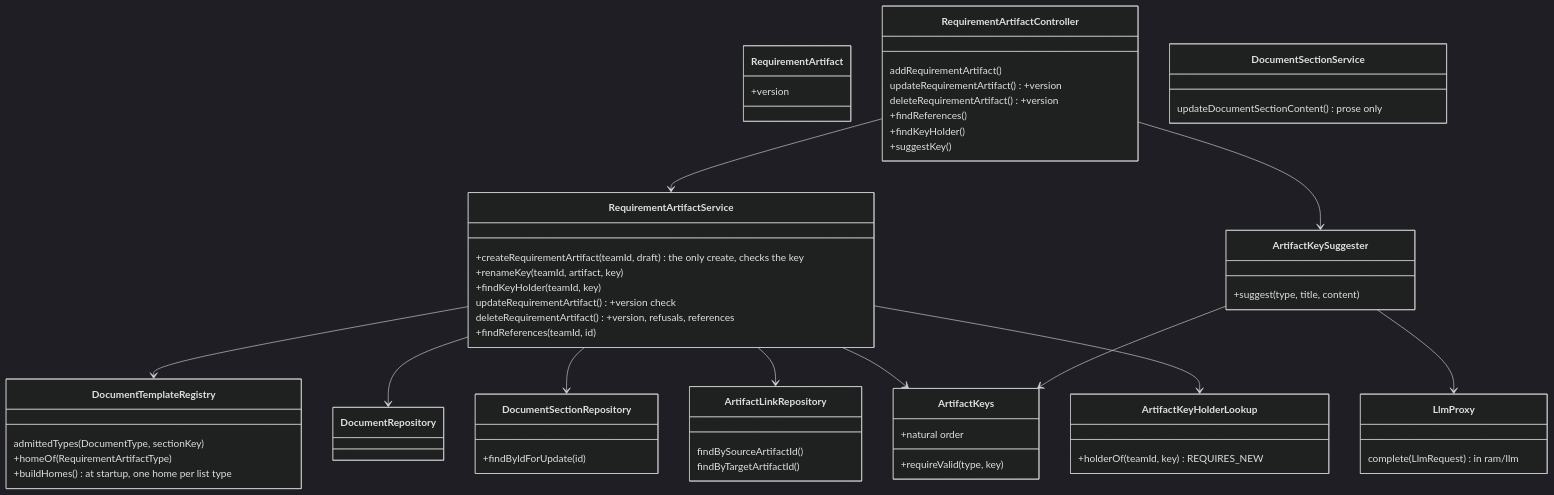
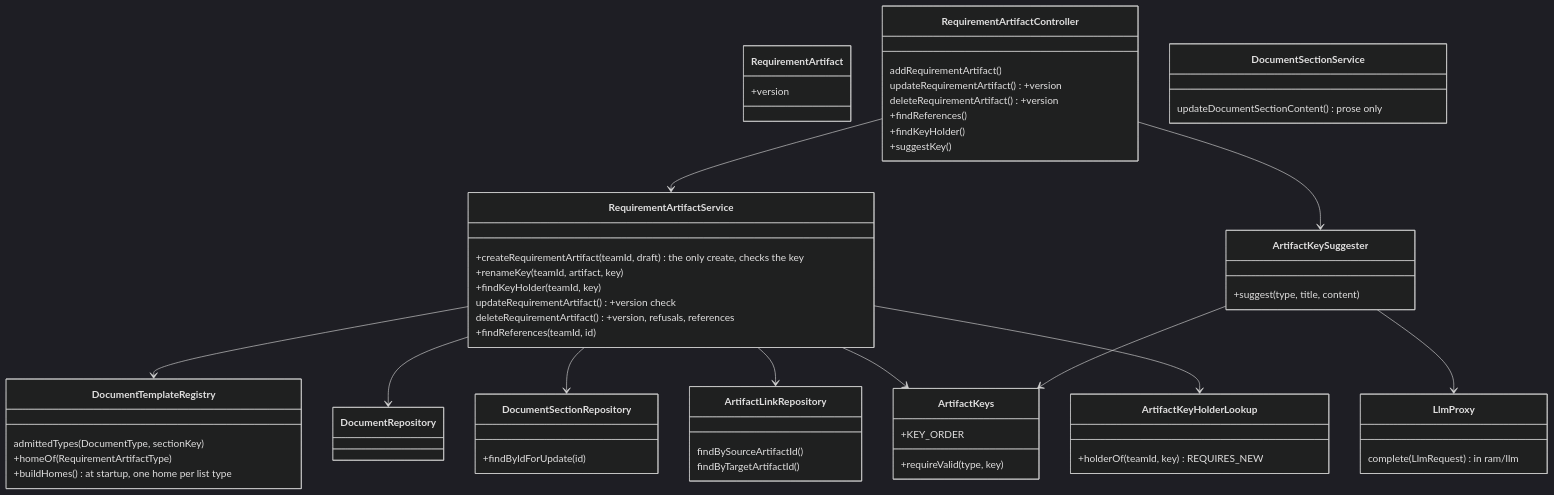
One commit to Washingtonwei/project-pulse changed the first of 4 diagrams in docs/design/art.md. Above: the diagram before and after it, drawn with Mermaid (dark theme). The commit also changed other lines of this file and 6 other files, not shown here.

````diff
--- a/docs/design/art.md
+++ b/docs/design/art.md
@@ -28,60 +28,60 @@
 ```mermaid
 classDiagram
   class RequirementArtifact {
     +version
   }
   class DocumentTemplateRegistry {
     admittedTypes(DocumentType, sectionKey)
     +homeOf(RequirementArtifactType)
     +buildHomes() at startup, one home per list type
   }
   class DocumentSectionRepository {
     +findByIdForUpdate(id)
   }
   class RequirementArtifactController {
     addRequirementArtifact()
     updateRequirementArtifact() +version
     deleteRequirementArtifact() +version
     +findReferences()
     +findKeyHolder()
     +suggestKey()
   }
   class ArtifactKeys {
     +requireValid(type, key)
-    +natural order
+    +KEY_ORDER
   }
   class ArtifactKeySuggester {
     +suggest(type, title, content)
   }
   class ArtifactKeyHolderLookup {
     +holderOf(teamId, key) REQUIRES_NEW
   }
   class LlmProxy {
     complete(LlmRequest) in ram/llm
   }
   class RequirementArtifactService {
     +createRequirementArtifact(teamId, draft) the only create, checks the key
     +renameKey(teamId, artifact, key)
     +findKeyHolder(teamId, key)
     updateRequirementArtifact() +version check
     deleteRequirementArtifact() +version, refusals, references
     +findReferences(teamId, id)
   }
   class DocumentSectionService {
     updateDocumentSectionContent() prose only
   }
   class ArtifactLinkRepository {
     findBySourceArtifactId()
     findByTargetArtifactId()
   }
   RequirementArtifactController --> RequirementArtifactService
   RequirementArtifactService --> DocumentTemplateRegistry
   RequirementArtifactService --> DocumentRepository
   RequirementArtifactService --> DocumentSectionRepository
   RequirementArtifactService --> ArtifactLinkRepository
   RequirementArtifactService --> ArtifactKeys
   RequirementArtifactService --> ArtifactKeyHolderLookup
   RequirementArtifactController --> ArtifactKeySuggester
   ArtifactKeySuggester --> ArtifactKeys
   ArtifactKeySuggester --> LlmProxy
 ```
````
